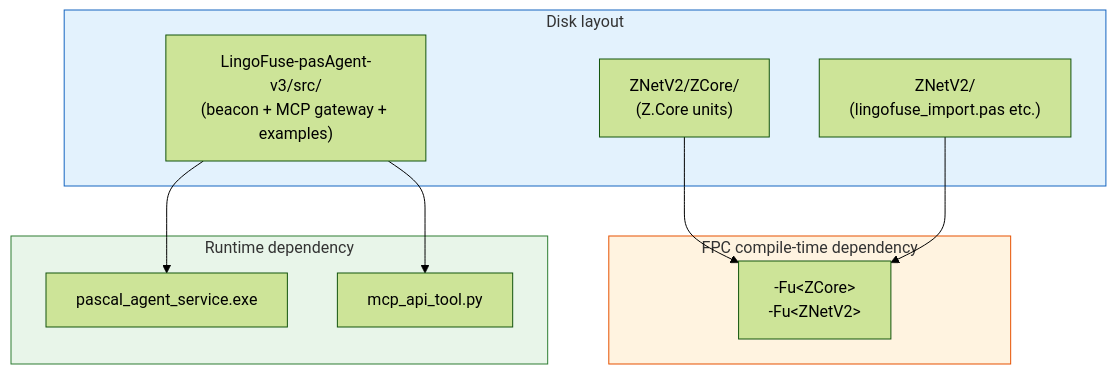
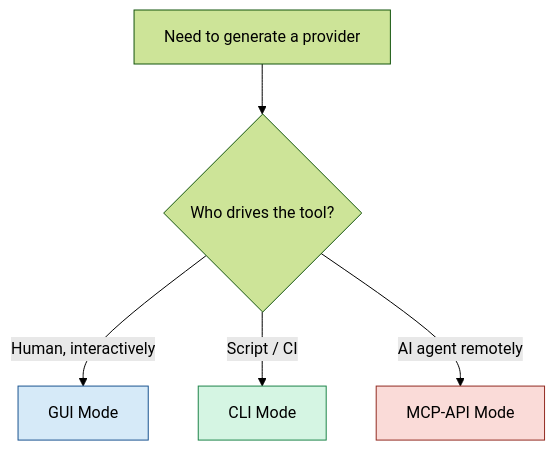
One commit to PassByYou888/LingoFuse-Tools changed diagram 13 of 55 in src/pascal_c_to_mcp/code_decl_to_mcp_knowledge_base.md. Above: the diagram before and after it, drawn with Mermaid (forest theme). The commit also changed other lines of this file, not shown here.

````diff
--- a/src/pascal_c_to_mcp/code_decl_to_mcp_knowledge_base.md
+++ b/src/pascal_c_to_mcp/code_decl_to_mcp_knowledge_base.md
@@ -169,26 +453,12 @@
 ```mermaid
 flowchart TD
-    subgraph Repos["Disk layout"]
-        ZC["ZNetV2/ZCore/<br/>(Z.Core units)"]
-        ZN["ZNetV2/<br/>(lingofuse_import.pas etc.)"]
-        V3["LingoFuse-pasAgent-v3/src/<br/>(beacon + MCP gateway + examples)"]
-    end
+    Start["Need to generate a provider"]
+    Start --> Q{"Who drives the tool?"}
+    Q -- "Human, interactively" --> GUI["GUI Mode"]
+    Q -- "Script / CI" --> CLI["CLI Mode"]
+    Q -- "AI agent remotely" --> MCP["MCP-API Mode"]
 
-    subgraph Compiler["FPC compile-time dependency"]
-        CP["-Fu&lt;ZCore&gt;<br/>-Fu&lt;ZNetV2&gt;"]
-    end
-
-    subgraph Runtime["Runtime dependency"]
-        BEACON["pascal_agent_service.exe"]
-        MCP["mcp_api_tool.py"]
-    end
-
-    ZC --> CP
-    ZN --> CP
-    V3 --> BEACON
-    V3 --> MCP
-
-    style Repos fill:#e3f2fd,stroke:#1565c0
-    style Compiler fill:#fff3e0,stroke:#e65100
-    style Runtime fill:#e8f5e9,stroke:#2e7d32
+    style GUI fill:#D6EAF8,stroke:#1A5490
+    style CLI fill:#D5F5E3,stroke:#1E8449
+    style MCP fill:#FADBD8,stroke:#922B21
 ```
````
